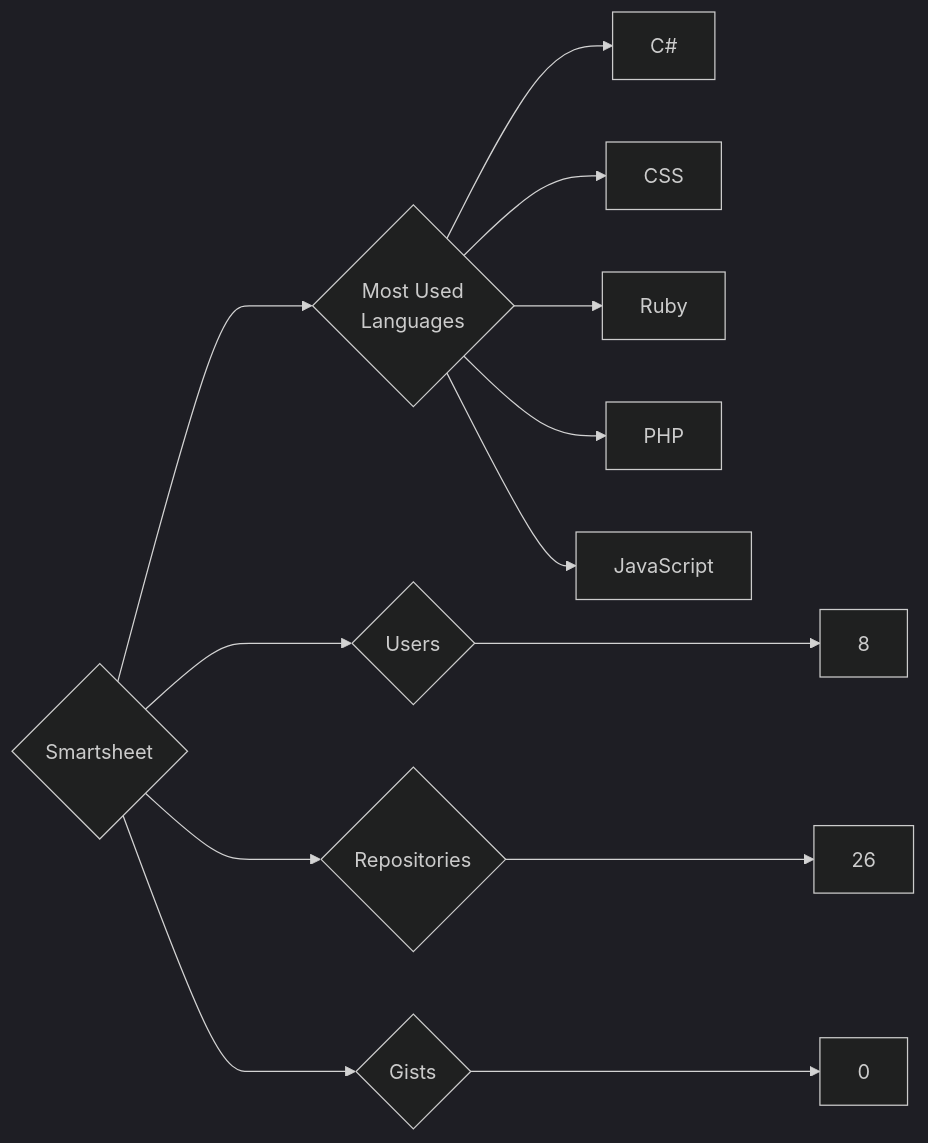
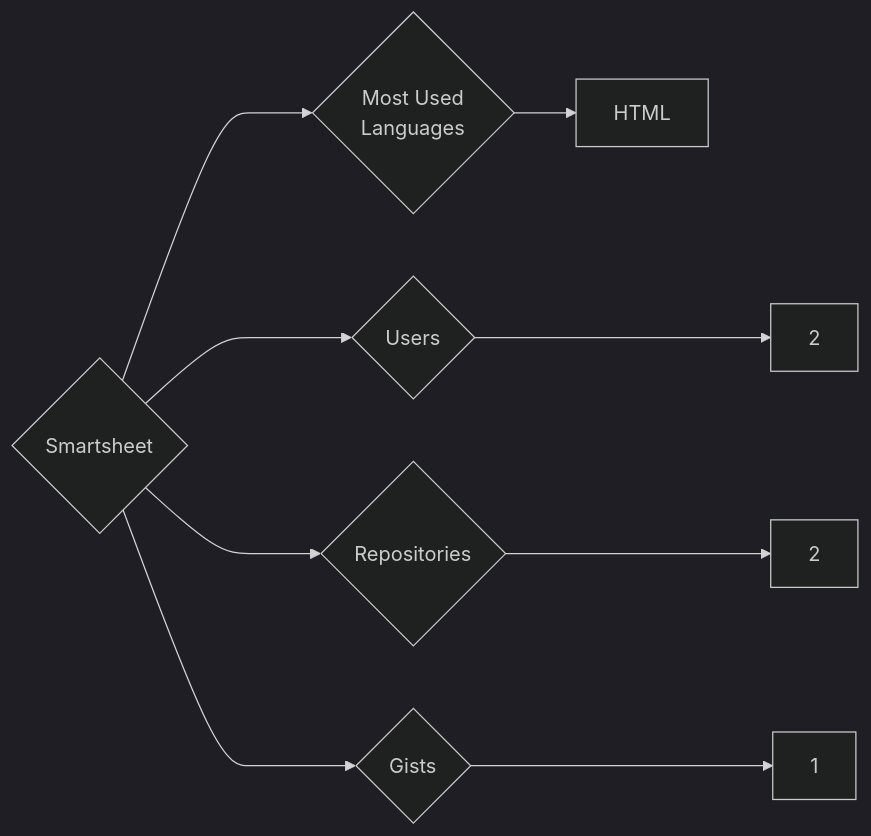
Before and after one commit to trickest/insiders: the diagram in targets/Smartsheet/README.md, drawn with Mermaid (dark theme). The commit also changed 997 other files, not shown here.

````diff
--- a/targets/Smartsheet/README.md
+++ b/targets/Smartsheet/README.md
@@ -3,13 +3,9 @@
 ```mermaid
 graph LR
 COMPANY_NAME{Smartsheet}
-COMPANY_NAME ---> U{Users} ---> UN[8]
-COMPANY_NAME ---> R{Repositories} ---> RN[26]
-COMPANY_NAME ---> G{Gists} ---> GN[0]
+COMPANY_NAME ---> U{Users} ---> UN[2]
+COMPANY_NAME ---> R{Repositories} ---> RN[2]
+COMPANY_NAME ---> G{Gists} ---> GN[1]
 COMPANY_NAME ---> ML{Most Used<br>Languages}
-ML --> C#
-ML --> CSS
-ML --> Ruby
-ML --> PHP
-ML --> JavaScript
+ML --> HTML[HTML]
 ```
````
